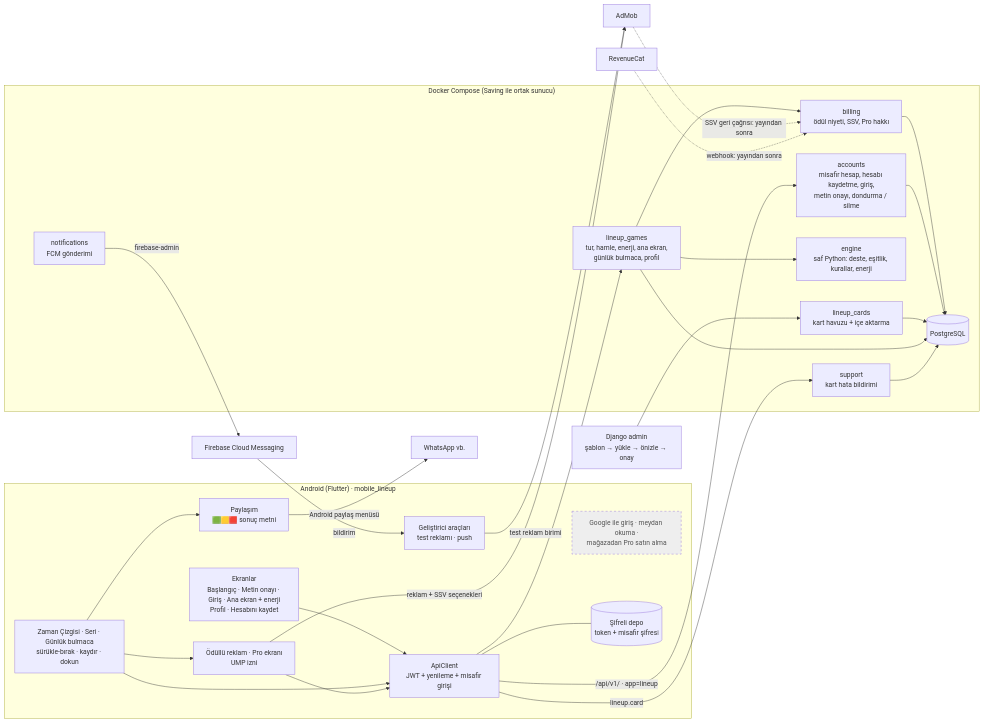
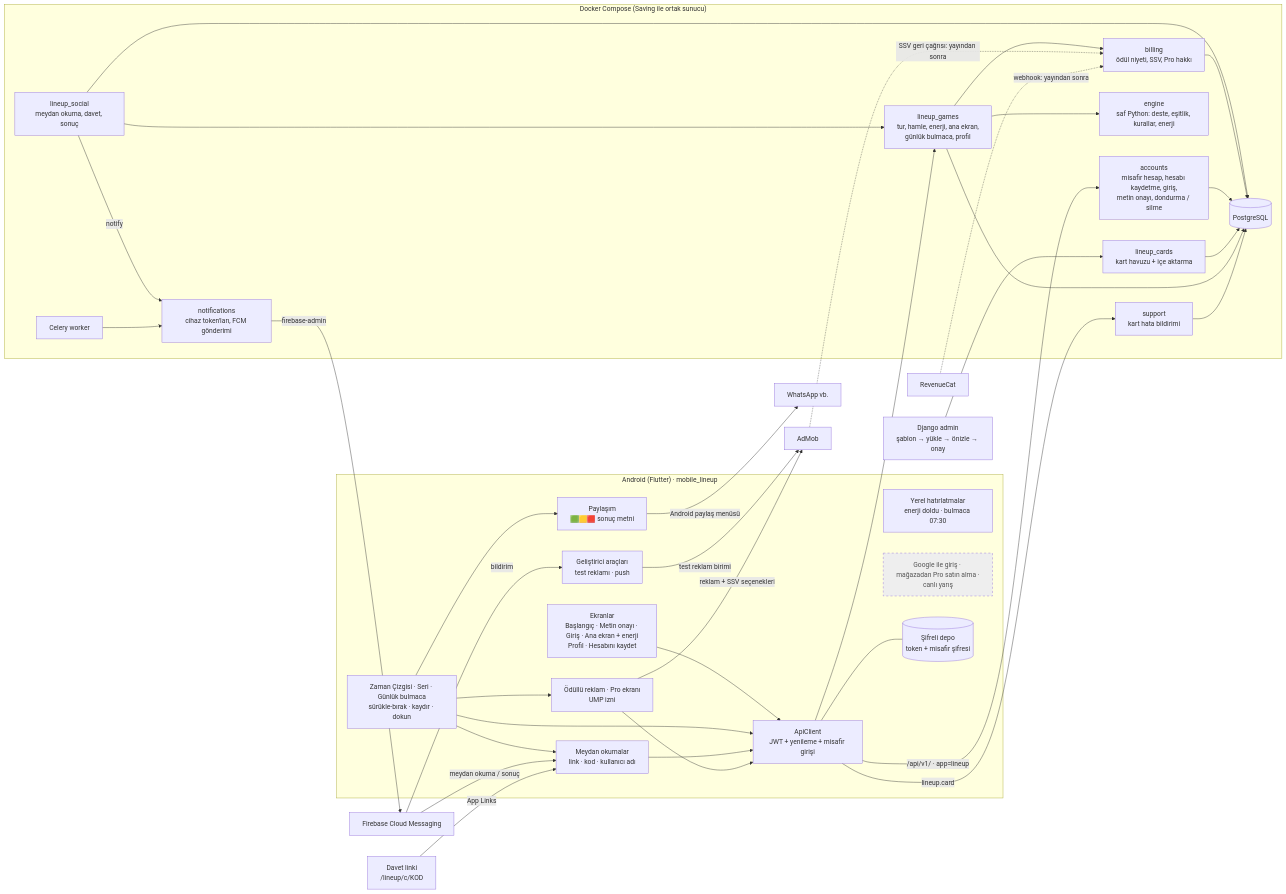
Before and after one commit to anilcelik0/saving: the first of 9 diagrams in docs/FLOW_lineup.md, drawn with Mermaid. The commit also changed other lines of this file and 11 other files, not shown here.

Commit message:
[lineup] Local reminders (energy full, daily puzzle 07:30) with profile switches; compileSdk 37 + desugaring for flutter_local_notifications; Phase 6 docs

````diff
--- a/docs/FLOW_lineup.md
+++ b/docs/FLOW_lineup.md
@@ -12,52 +12,63 @@
 ```mermaid
 flowchart LR
     subgraph Mobil["Android (Flutter) · mobile_lineup"]
         UI[Ekranlar<br/>Başlangıç · Metin onayı · Giriş · Ana ekran + enerji<br/>Profil · Hesabını kaydet]
         DEV[Geliştirici araçları<br/>test reklamı · push]
         MODES[Zaman Çizgisi · Seri · Günlük bulmaca<br/>sürükle-bırak · kaydır · dokun]
         SHARE[Paylaşım<br/>🟩🟨🟥 sonuç metni]
         ADS[Ödüllü reklam · Pro ekranı<br/>UMP izni]
-        LATER[Google ile giriş · meydan okuma ·<br/>mağazadan Pro satın alma]
+        SOC[Meydan okumalar<br/>link · kod · kullanıcı adı]
+        LOCAL[Yerel hatırlatmalar<br/>enerji doldu · bulmaca 07:30]
+        LATER[Google ile giriş · mağazadan Pro satın alma ·<br/>canlı yarış]
         API[ApiClient<br/>JWT + yenileme + misafir girişi]
         STORE[(Şifreli depo<br/>token + misafir şifresi)]
         UI --> API
         MODES --> API
         MODES --> SHARE
         MODES --> ADS
+        MODES --> SOC
+        SOC --> API
         ADS --> API
         API --- STORE
     end
 
     subgraph Sunucu["Docker Compose (Saving ile ortak sunucu)"]
         ACC[accounts<br/>misafir hesap, hesabı kaydetme, giriş,<br/>metin onayı, dondurma / silme]
-        NOTIF[notifications<br/>FCM gönderimi]
+        NOTIF[notifications<br/>cihaz token'ları, FCM gönderimi]
         CARDS[lineup_cards<br/>kart havuzu + içe aktarma]
         GAMES[lineup_games<br/>tur, hamle, enerji, ana ekran,<br/>günlük bulmaca, profil]
         ENGINE[engine<br/>saf Python: deste, eşitlik, kurallar, enerji]
         SUP[support<br/>kart hata bildirimi]
         BILL[billing<br/>ödül niyeti, SSV, Pro hakkı]
+        SOCIAL[lineup_social<br/>meydan okuma, davet, sonuç]
+        SOCIAL --> DB
+        SOCIAL --> GAMES
+        SOCIAL -->|notify| NOTIF
+        WORKER[Celery worker] --> NOTIF
         BILL --> DB
         GAMES --> BILL
         DB[(PostgreSQL)]
         ACC --> DB
         CARDS --> DB
         GAMES --> DB
         GAMES --> ENGINE
         SUP --> DB
     end
 
     API -->|/api/v1/ · app=lineup| ACC
     API --> GAMES
     API -->|lineup.card| SUP
     NOTIF -->|firebase-admin| FCM[Firebase Cloud Messaging]
     FCM -->|bildirim| DEV
+    FCM -->|meydan okuma / sonuç| SOC
+    LINK[Davet linki<br/>/lineup/c/KOD] -->|App Links| SOC
     SHARE -->|Android paylaş menüsü| WA[WhatsApp vb.]
     DEV -->|test reklam birimi| ADMOB[AdMob]
     ADS -->|reklam + SSV seçenekleri| ADMOB
     ADMOB -.->|SSV geri çağrısı: yayından sonra| BILL
     RC[RevenueCat] -.->|webhook: yayından sonra| BILL
     ADM[Django admin<br/>şablon → yükle → önizle → onay] --> CARDS
 
     classDef planned stroke-dasharray: 5 5,fill:#eee,color:#555
     class LATER planned
 ```
````
